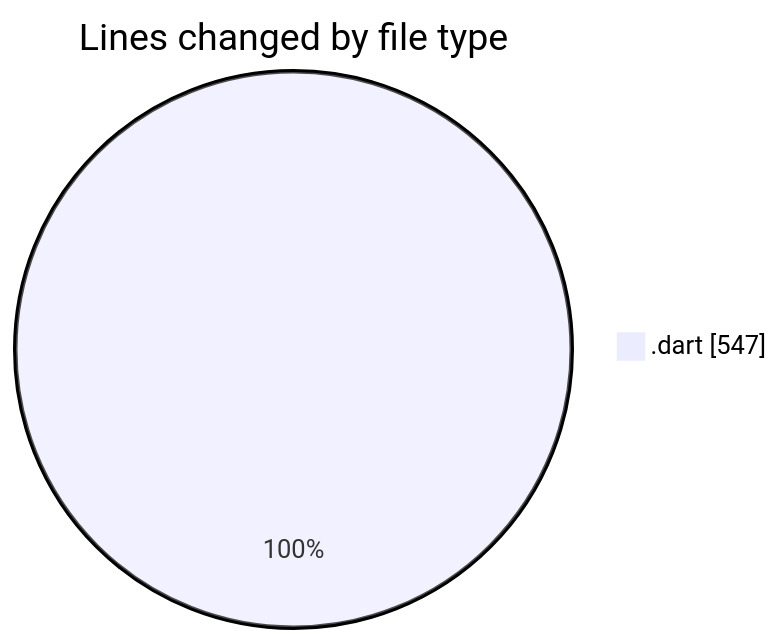
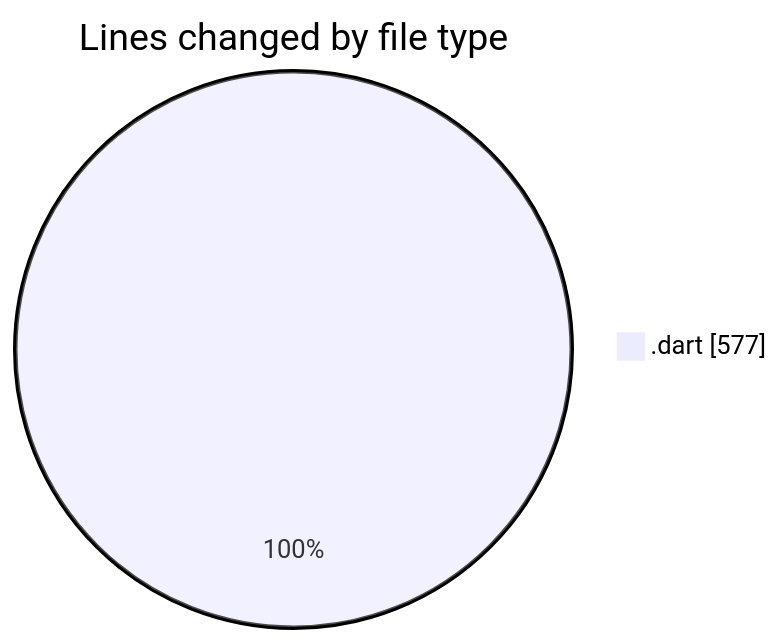
The first of 2 diagrams in 2025-02-27/uber_clone/README.md (donsfak/code-tracking), drawn with Mermaid before and after one commit. The commit also changed other lines of this file and 1 other file, not shown here.

````diff
--- a/2025-02-27/uber_clone/README.md
+++ b/2025-02-27/uber_clone/README.md
@@ -21,5 +21,5 @@
 ```mermaid
 pie showData
 title Lines changed by file type
-".dart" : 547
+".dart" : 577
 ```
````
